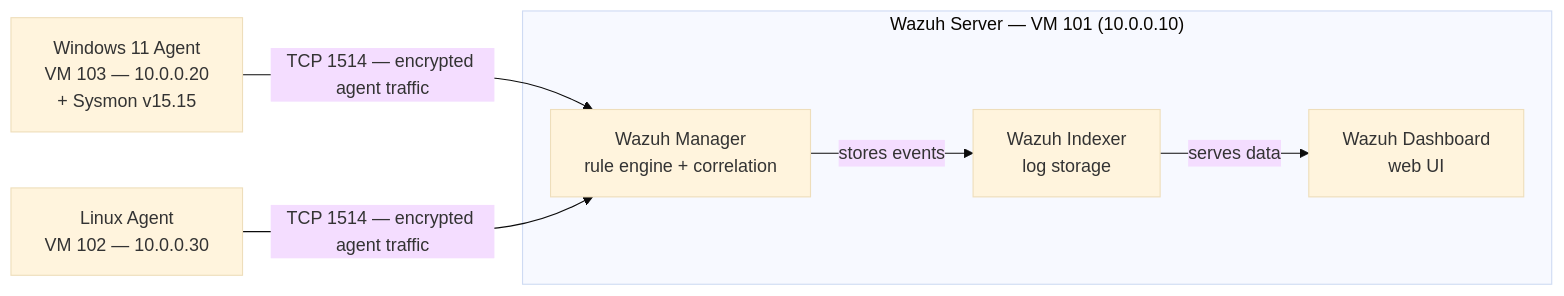
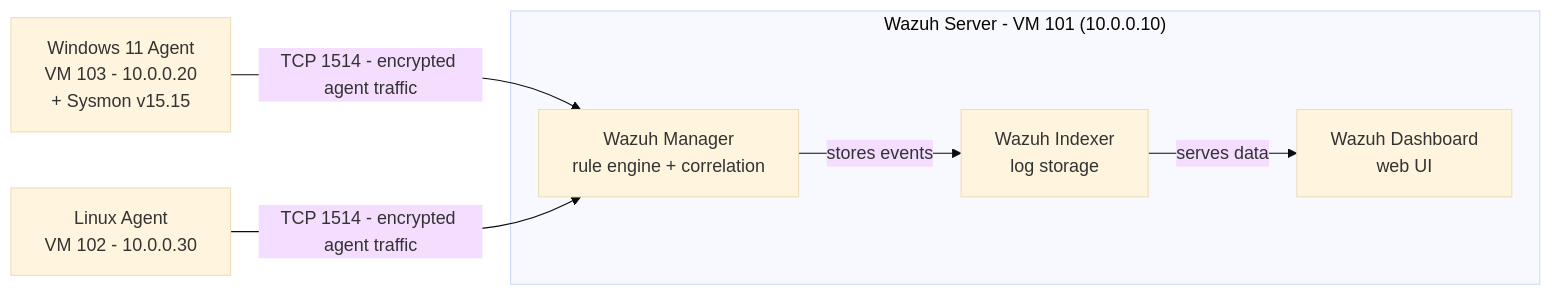
One commit to tahmidislam2003/wazuh-siem-lab changed the diagram in README.md. Above: the diagram before and after it, drawn with Mermaid (base theme). The commit also changed other lines of this file, not shown here.

````diff
--- a/README.md
+++ b/README.md
@@ -9,16 +9,16 @@
 ```mermaid
 graph LR
-    WIN[Windows 11 Agent<br/>VM 103 — 10.0.0.20<br/>+ Sysmon v15.15]
-    LIN[Linux Agent<br/>VM 102 — 10.0.0.30]
+    WIN[Windows 11 Agent<br/>VM 103 - 10.0.0.20<br/>+ Sysmon v15.15]
+    LIN[Linux Agent<br/>VM 102 - 10.0.0.30]
 
-    subgraph server["Wazuh Server — VM 101 (10.0.0.10)"]
+    subgraph server["Wazuh Server - VM 101 (10.0.0.10)"]
         MGR[Wazuh Manager<br/>rule engine + correlation]
         IDX[Wazuh Indexer<br/>log storage]
         DASH[Wazuh Dashboard<br/>web UI]
         MGR -->|stores events| IDX
         IDX -->|serves data| DASH
     end
 
-    WIN -->|"TCP 1514 — encrypted agent traffic"| MGR
-    LIN -->|"TCP 1514 — encrypted agent traffic"| MGR
+    WIN -->|"TCP 1514 - encrypted agent traffic"| MGR
+    LIN -->|"TCP 1514 - encrypted agent traffic"| MGR
 ```
````
